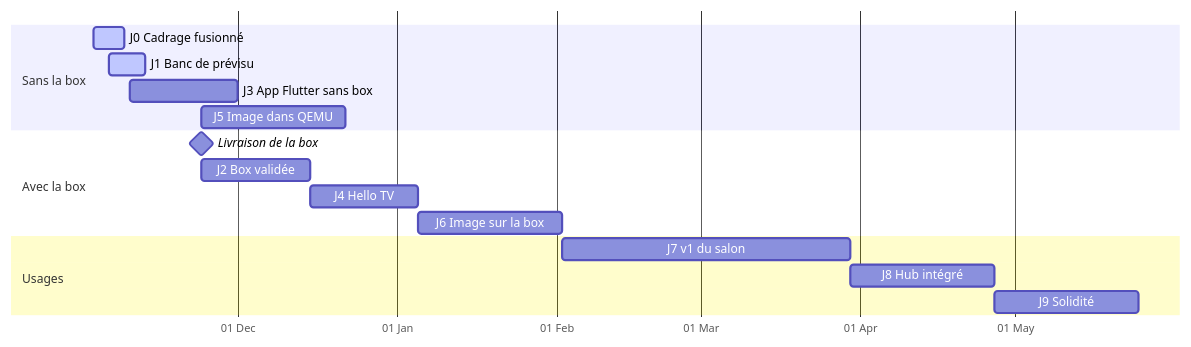
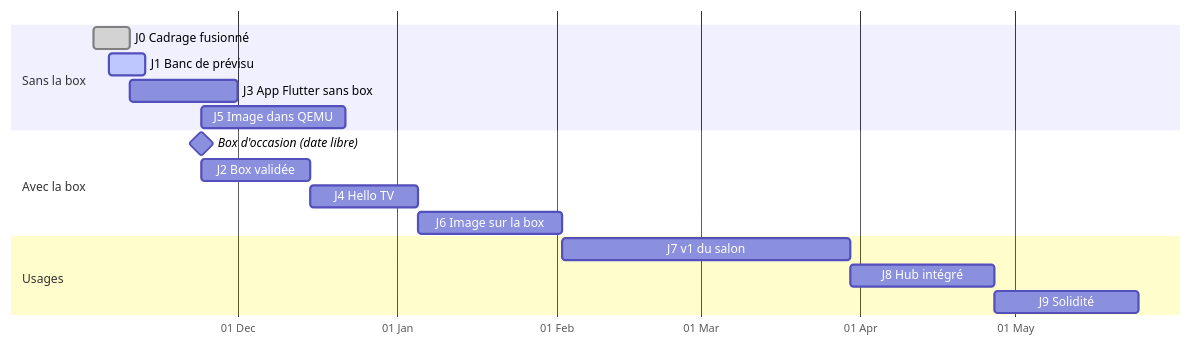
One commit to payssho/Smart-TV-config changed the second of 2 diagrams in docs/plan-de-realisation.md. Above: the diagram before and after it, drawn with Mermaid. The commit also changed other lines of this file and 20 other files, not shown here.

````diff
--- a/docs/plan-de-realisation.md
+++ b/docs/plan-de-realisation.md
@@ -48,19 +48,19 @@
 ```mermaid
 gantt
   dateFormat YYYY-MM-DD
   axisFormat %d %b
   section Sans la box
-  J0 Cadrage fusionné        :active,  j0, 2026-11-03, 2026-11-09
+  J0 Cadrage fusionné        :done,    j0, 2026-11-03, 2026-11-10
   J1 Banc de prévisu         :active,  j1, 2026-11-06, 2026-11-13
   J3 App Flutter sans box    :         j3, 2026-11-10, 3w
   J5 Image dans QEMU         :         j5, 2026-11-24, 4w
   section Avec la box
-  Livraison de la box        :milestone, box, 2026-11-24, 0d
+  Box d'occasion (date libre) :milestone, box, 2026-11-24, 0d
   J2 Box validée             :         j2, 2026-11-24, 3w
   J4 Hello TV                :         j4, after j2, 3w
   J6 Image sur la box        :         j6, after j4, 4w
   section Usages
   J7 v1 du salon             :         j7, after j6, 8w
   J8 Hub intégré             :         j8, after j7, 4w
   J9 Solidité                :         j9, after j8, 4w
 ```
````
